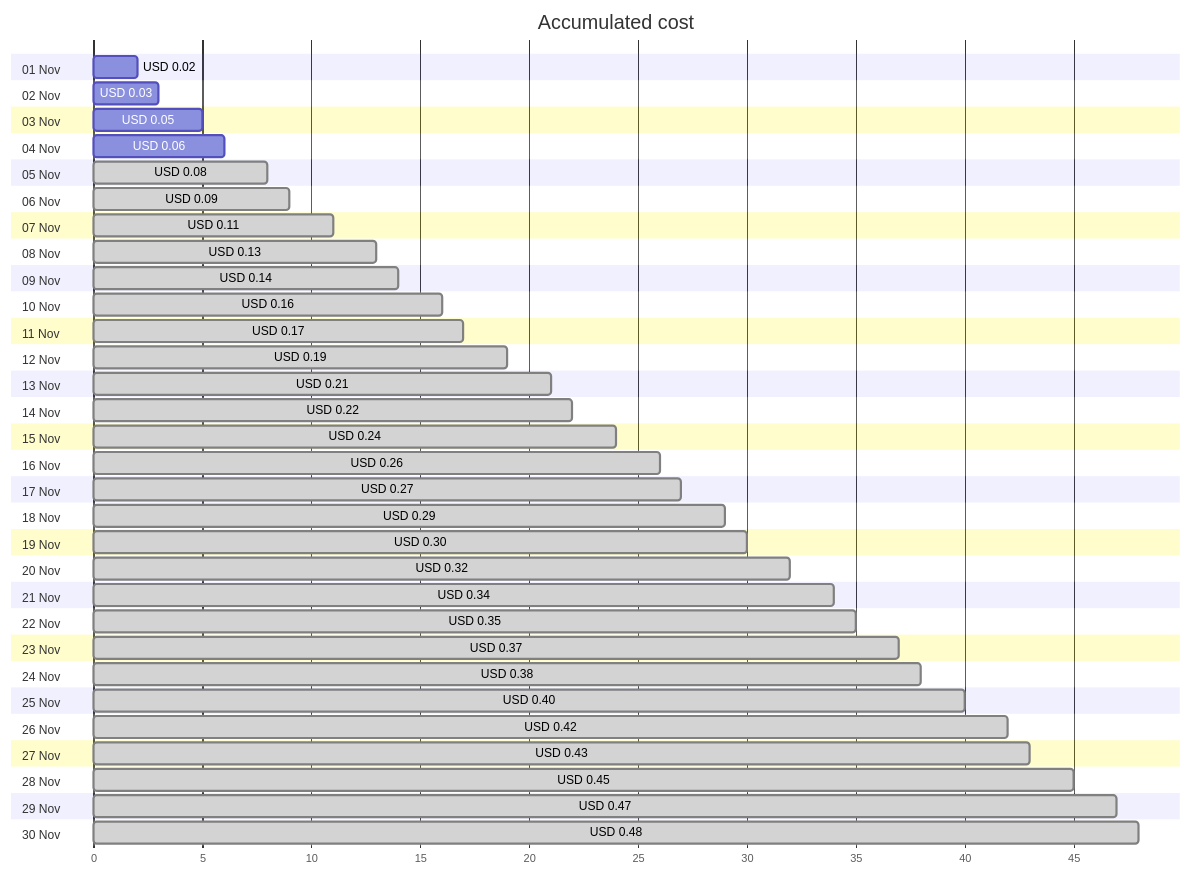
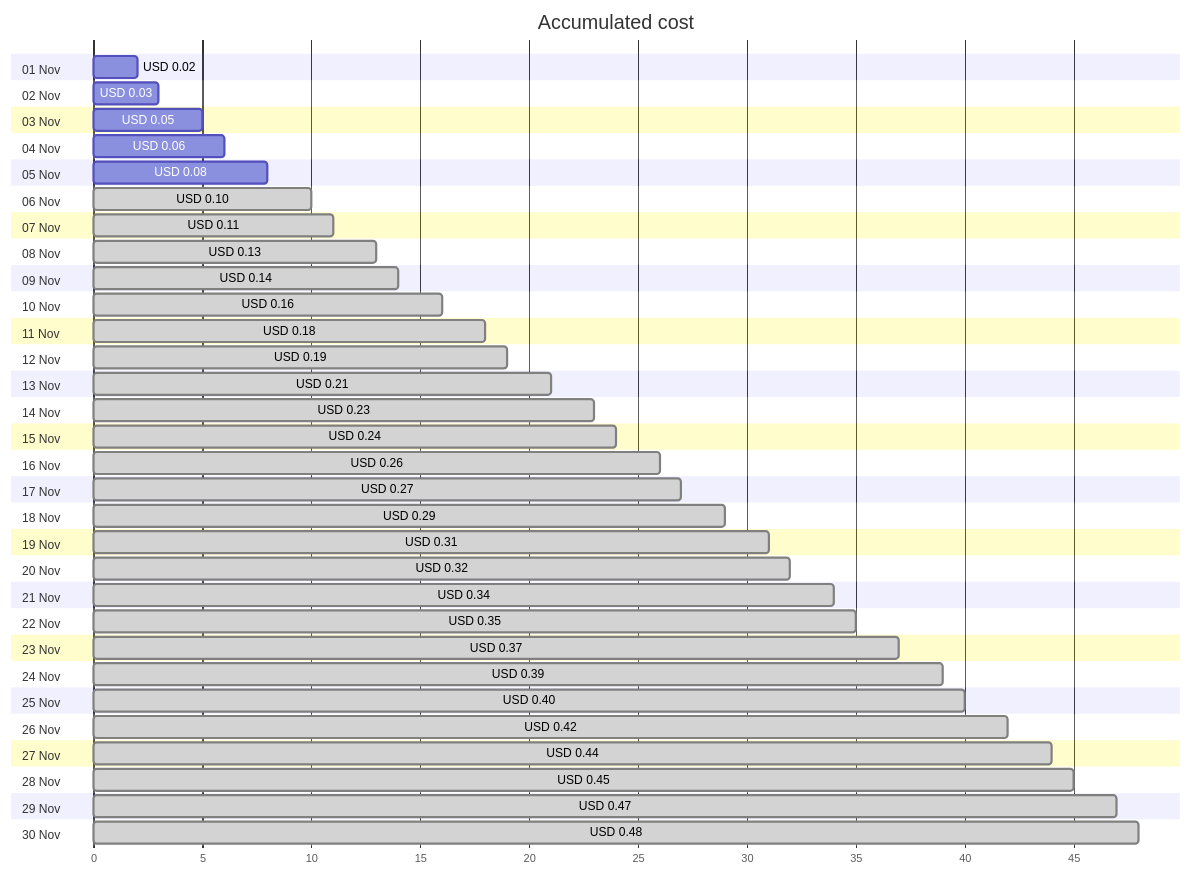
One commit to jpfulton/azure-personal-reports changed the first of 4 diagrams in cost-reports/personal-network/private.jpatrickfulton.com.md. Above: the diagram before and after it, drawn with Mermaid. The commit also changed other lines of this file and 8 other files, not shown here.

````diff
--- a/cost-reports/personal-network/private.jpatrickfulton.com.md
+++ b/cost-reports/personal-network/private.jpatrickfulton.com.md
@@ -20,66 +20,66 @@
 ```mermaid
 gantt
    title Accumulated cost
    dateFormat  X
    axisFormat %s
    section 01 Nov
    USD 0.02 :0, 2
    section 02 Nov
    USD 0.03 :0, 3
    section 03 Nov
    USD 0.05 :0, 5
    section 04 Nov
    USD 0.06 :0, 6
    section 05 Nov
-   USD 0.08 : done, 0, 8
+   USD 0.08 :0, 8
    section 06 Nov
-   USD 0.09 : done, 0, 9
+   USD 0.10 : done, 0, 10
    section 07 Nov
    USD 0.11 : done, 0, 11
    section 08 Nov
    USD 0.13 : done, 0, 13
    section 09 Nov
    USD 0.14 : done, 0, 14
    section 10 Nov
    USD 0.16 : done, 0, 16
    section 11 Nov
-   USD 0.17 : done, 0, 17
+   USD 0.18 : done, 0, 18
    section 12 Nov
    USD 0.19 : done, 0, 19
    section 13 Nov
    USD 0.21 : done, 0, 21
    section 14 Nov
-   USD 0.22 : done, 0, 22
+   USD 0.23 : done, 0, 23
    section 15 Nov
    USD 0.24 : done, 0, 24
    section 16 Nov
    USD 0.26 : done, 0, 26
    section 17 Nov
    USD 0.27 : done, 0, 27
    section 18 Nov
    USD 0.29 : done, 0, 29
    section 19 Nov
-   USD 0.30 : done, 0, 30
+   USD 0.31 : done, 0, 31
    section 20 Nov
    USD 0.32 : done, 0, 32
    section 21 Nov
    USD 0.34 : done, 0, 34
    section 22 Nov
    USD 0.35 : done, 0, 35
    section 23 Nov
    USD 0.37 : done, 0, 37
    section 24 Nov
-   USD 0.38 : done, 0, 38
+   USD 0.39 : done, 0, 39
    section 25 Nov
    USD 0.40 : done, 0, 40
    section 26 Nov
    USD 0.42 : done, 0, 42
    section 27 Nov
-   USD 0.43 : done, 0, 43
+   USD 0.44 : done, 0, 44
    section 28 Nov
    USD 0.45 : done, 0, 45
    section 29 Nov
    USD 0.47 : done, 0, 47
    section 30 Nov
    USD 0.48 : done, 0, 48
 ```
````
